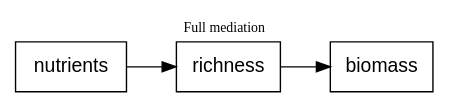
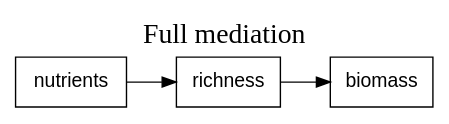
Before and after one commit to pennekampster/Swiss_SEM: diagram 15 of 28 in 5_Slides/Intro_to_SEM_part1.qmd, drawn with Graphviz. The commit also changed other lines of this file and 5 other files, not shown here.

````diff
--- a/5_Slides/Intro_to_SEM_part1.qmd
+++ b/5_Slides/Intro_to_SEM_part1.qmd
@@ -731,27 +855,27 @@
 ```{dot}
-//| fig-width: 6
+//| fig-width: 5
 digraph  {
 
    label     = "Full mediation"
    labelloc  =  t // t: Place the graph's title on top.
-   fontsize  = 10 // Make title stand out by giving a large font size
+   fontsize  = 20 // Make title stand out by giving a large font size
 
   # a 'graph' statement
   graph [overlap = false, layout = dot, splines = curved,
        rankdir = LR]
 
   # several 'node' statements
   node [shape = box,
         fontname = Helvetica]
         
   nutrients; richness; biomass;
 
   # several 'edge' statements
     nutrients->richness [style=solid];
     richness->biomass [style=solid];
     
     {rank=min; nutrients;}
     {rank=max; biomass;}
     {rank=same; richness;}
 }
 ```
````
